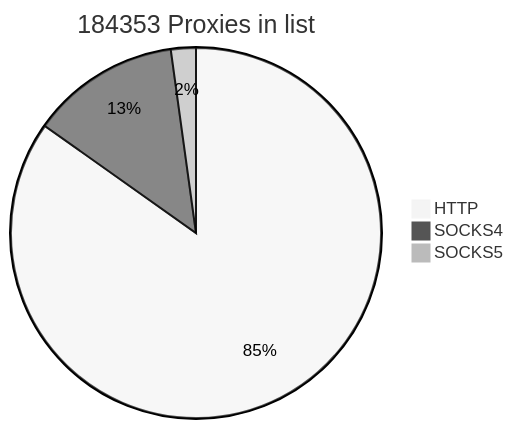
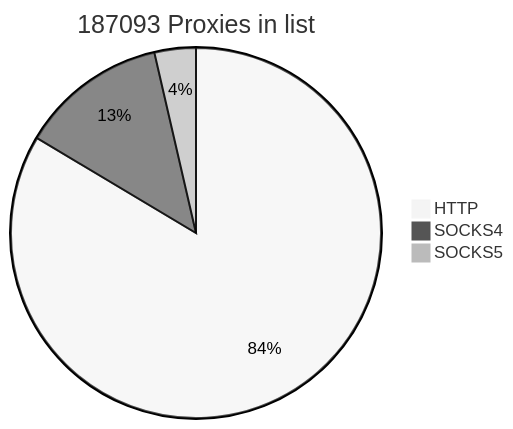
One commit to cutipu/proxylist changed the first of 2 diagrams in README.md. Above: the diagram before and after it, drawn with Mermaid (neutral theme). The commit also changed other lines of this file, not shown here.

````diff
--- a/README.md
+++ b/README.md
@@ -2,7 +2,7 @@
 ```mermaid
-pie title 184353 Proxies in list
+pie title 187093 Proxies in list
     "HTTP" : 156347
     "SOCKS4" : 23990
-    "SOCKS5" : 4016
+    "SOCKS5" : 6756
             
 ```
````
